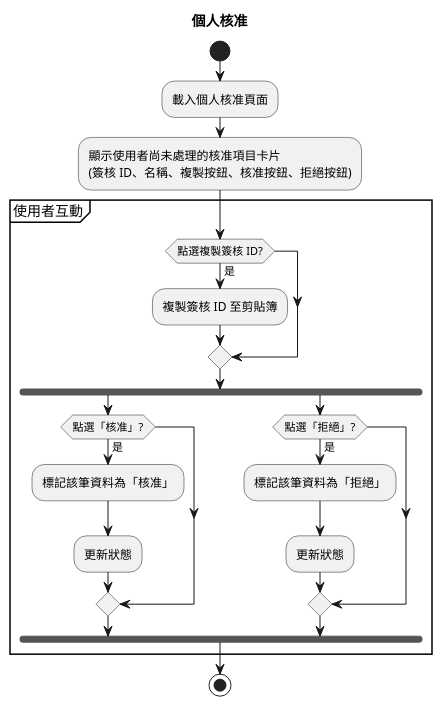
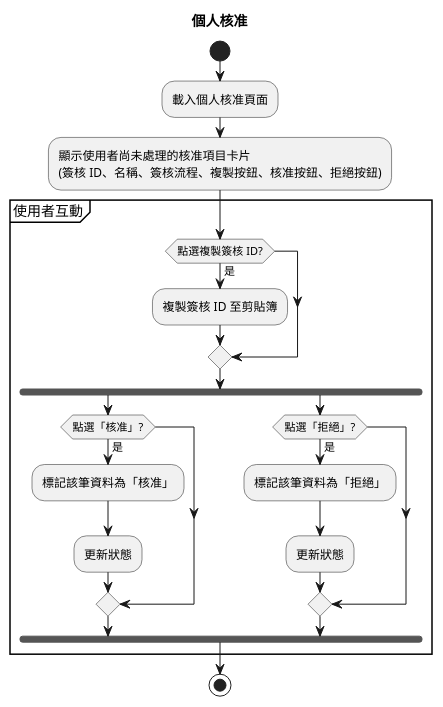
Before and after one commit to walle45611/NTUB_SecuManag_Diagram: the diagram in plantUML/activity/personal_approval.puml, drawn with PlantUML. The commit also changed 27 other files, not shown here.

Commit message:
feat: 刪除資產設定相關的 PlantUML 文件，更新個人核准流程中的顯示資訊，調整風險概覽中的用例編號及新增用例。 (#76)

```diff
--- a/plantUML/activity/personal_approval.puml
+++ b/plantUML/activity/personal_approval.puml
@@ -1,30 +1,30 @@
 @startuml
 title 個人核准
 start
 
 :載入個人核准頁面;
 
 :顯示使用者尚未處理的核准項目卡片
-(簽核 ID、名稱、複製按鈕、核准按鈕、拒絕按鈕);
+(簽核 ID、名稱、簽核流程、複製按鈕、核准按鈕、拒絕按鈕);
 
 partition "使用者互動" {
 
     if (點選複製簽核 ID?) then (是)
         :複製簽核 ID 至剪貼簿;
     endif
 
     fork
         if (點選「核准」?) then (是)
             :標記該筆資料為「核准」;
             :更新狀態;
         endif
     fork again
         if (點選「拒絕」?) then (是)
             :標記該筆資料為「拒絕」;
             :更新狀態;
         endif
     end fork
 }
 
 stop
 @enduml
```
